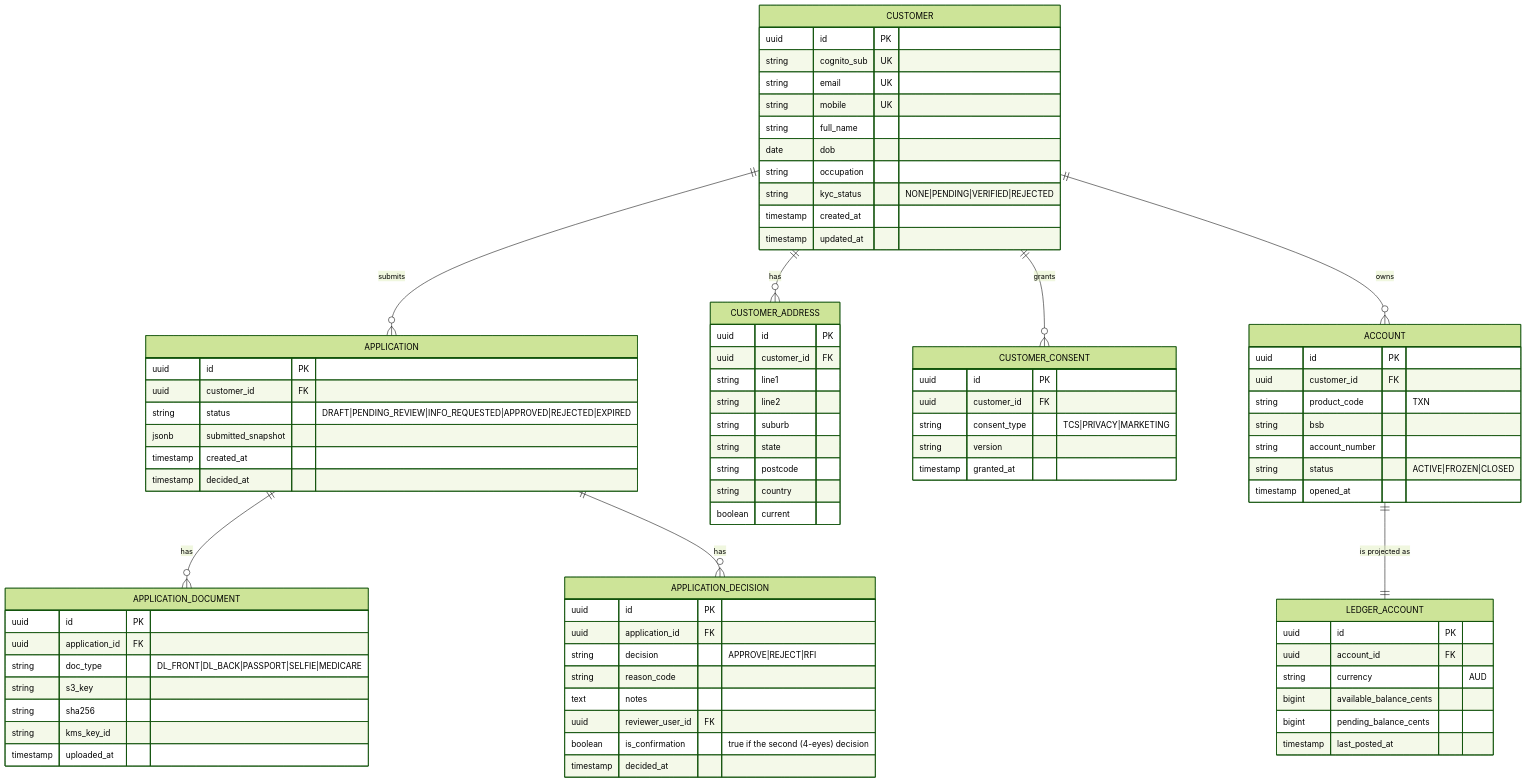
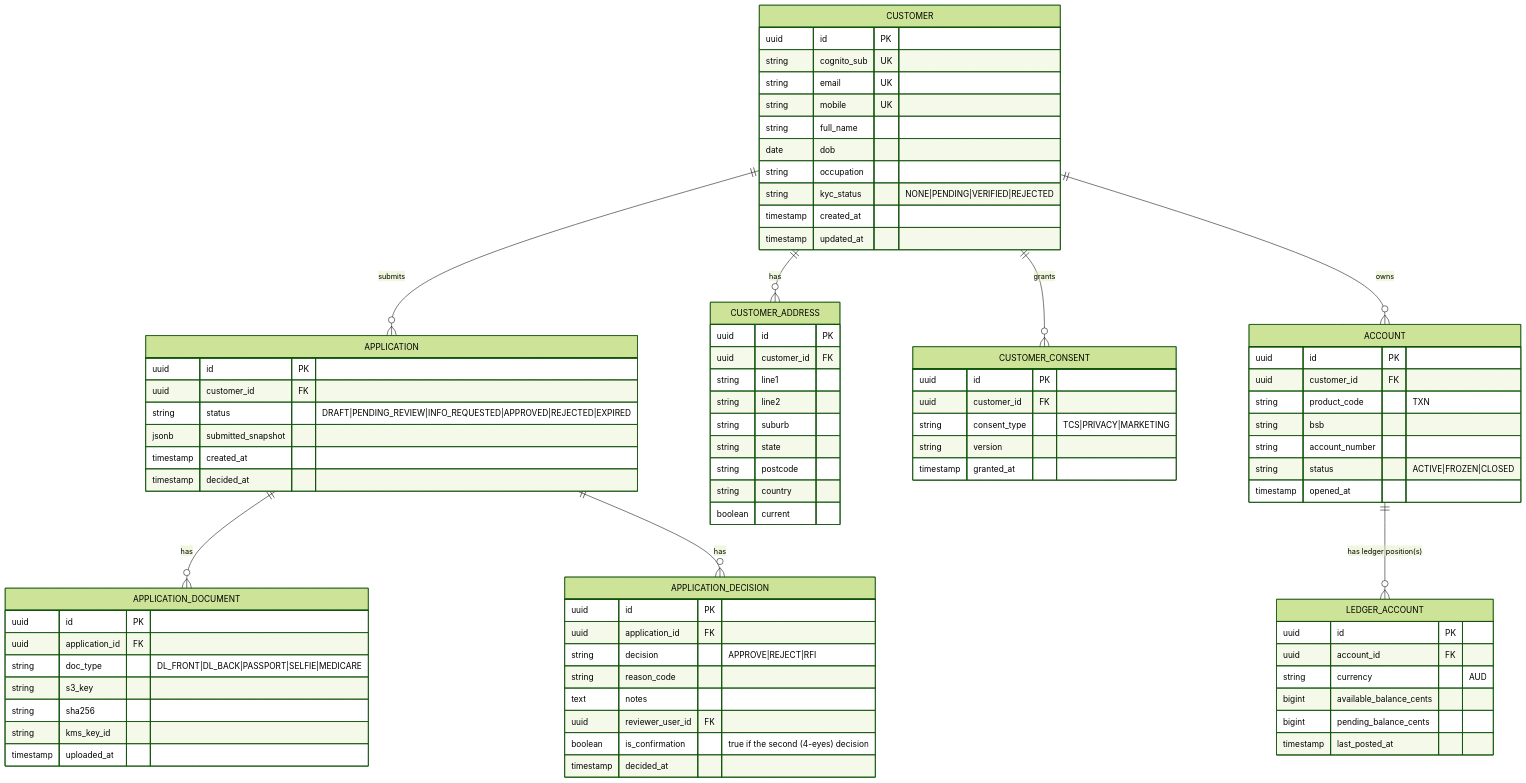
The second of 3 diagrams in docs/workflows/01-customer-onboarding.md (BaroPhan/velo-arch), drawn with Mermaid (forest theme) before and after one commit. The commit also changed other lines of this file and 4 other files, not shown here.

Commit message:
docs: fix ERD bugs surfaced by Q&A (hold-account cardinality, rate_version relation, recon-break 4-eyes)

```diff
--- a/docs/workflows/01-customer-onboarding.md
+++ b/docs/workflows/01-customer-onboarding.md
@@ -93,7 +93,7 @@
     CUSTOMER ||--o{ CUSTOMER_ADDRESS : "has"
     CUSTOMER ||--o{ CUSTOMER_CONSENT : "grants"
     CUSTOMER ||--o{ ACCOUNT : "owns"
-    ACCOUNT ||--|| LEDGER_ACCOUNT : "is projected as"
+    ACCOUNT ||--o{ LEDGER_ACCOUNT : "has ledger position(s)"
 
     CUSTOMER {
         uuid id PK
```
